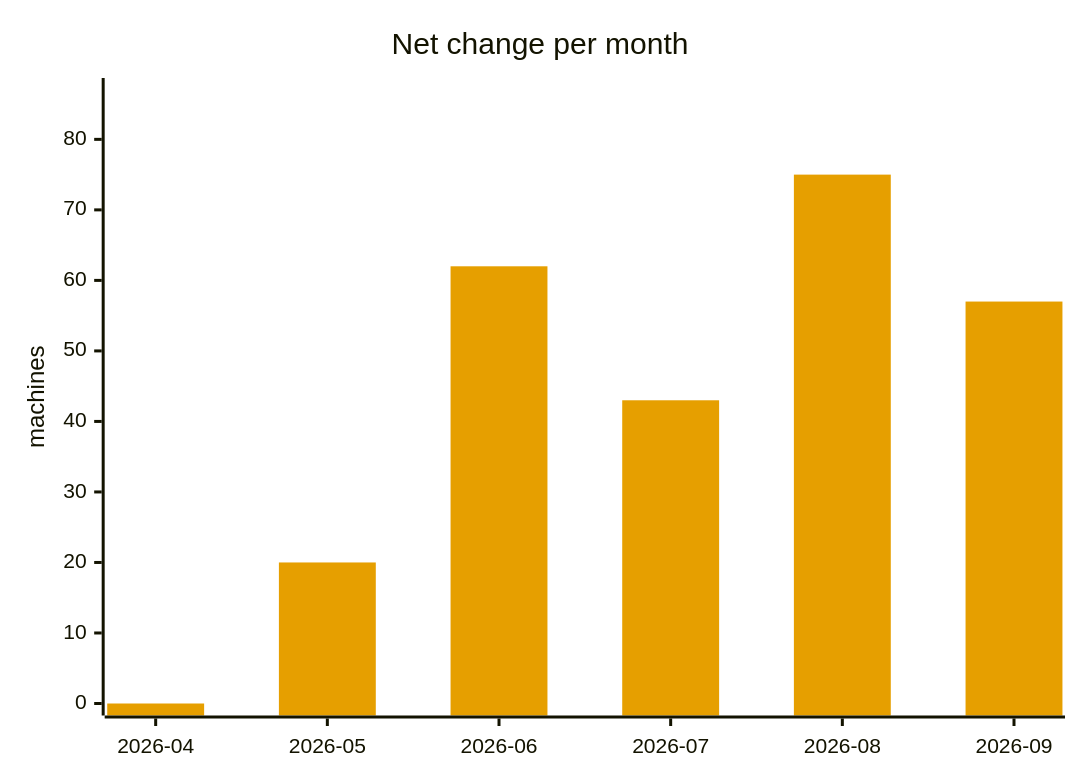
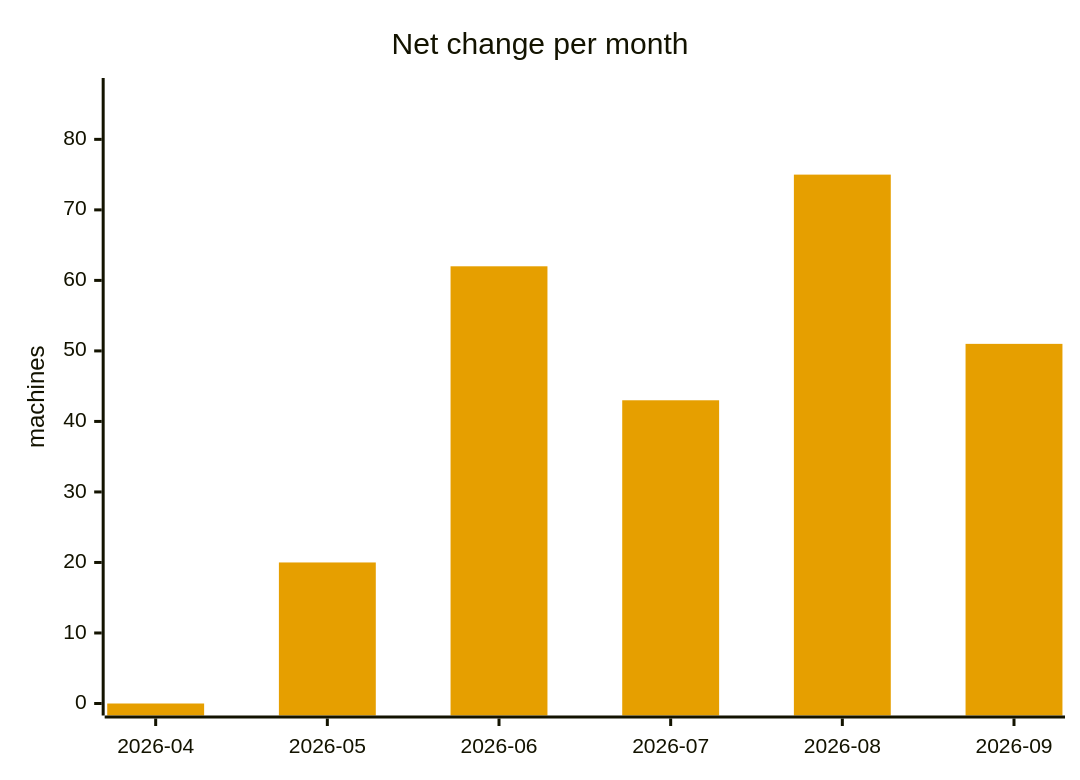
Before and after one commit to cheeaun/returnright-data: the fifth of 5 diagrams in ANALYSIS.md, drawn with Mermaid. The commit also changed other lines of this file and 3 other files, not shown here.

````diff
--- a/ANALYSIS.md
+++ b/ANALYSIS.md
@@ -307,13 +220,13 @@
 ```mermaid
 ---
 config:
   themeVariables:
     xyChart:
       plotColorPalette: "#E69F00"
 ---
 xychart-beta
     title "Net change per month"
     x-axis ["2026-04", "2026-05", "2026-06", "2026-07", "2026-08", "2026-09"]
     y-axis "machines" 0 --> 87
-    bar [0, 20, 62, 43, 75, 57]
+    bar [0, 20, 62, 43, 75, 51]
 ```
````
